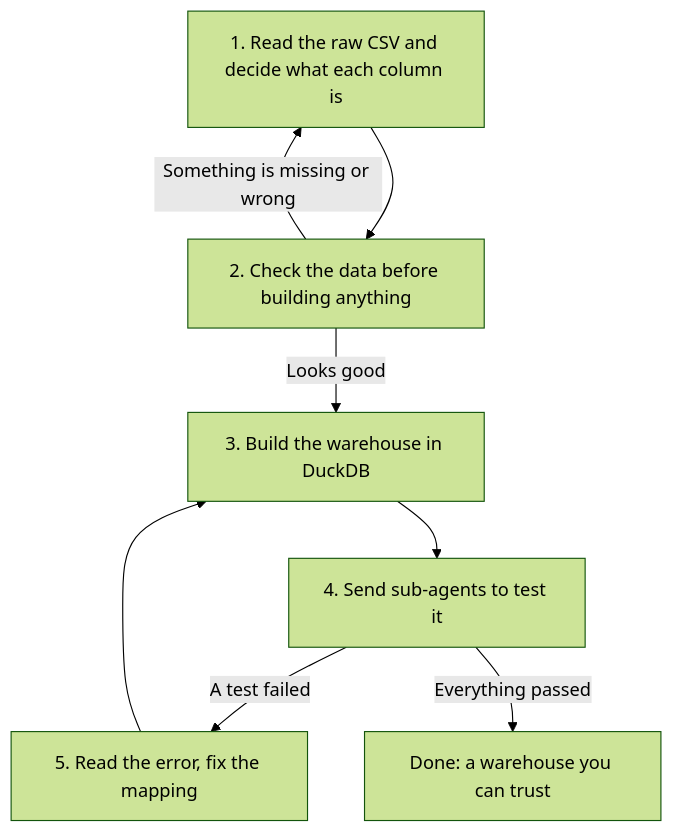
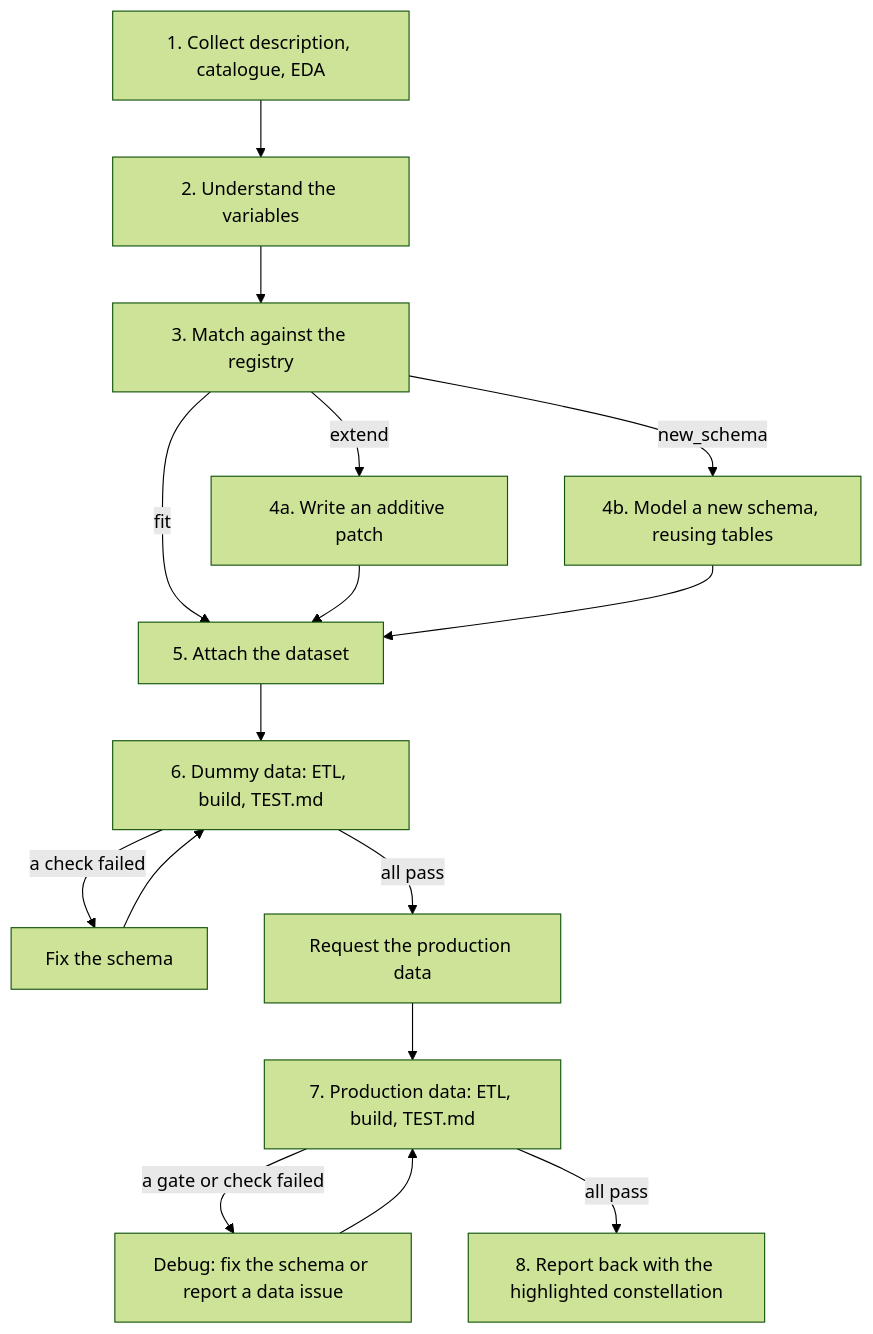
One commit to khalifan-kfan/olap_swifter changed the diagram in SKILL.md. Above: the diagram before and after it, drawn with Mermaid (forest theme). The commit also changed other lines of this file and 43 other files, not shown here.

Commit message:
feat: add schema management module and update dataset workflow documentation

````diff
--- a/SKILL.md
+++ b/SKILL.md
@@ -79,10 +146,16 @@
 ```mermaid
 graph TD
-    A[1. Read the raw CSV and decide what each column is] --> B[2. Check the data before building anything]
-    B -- Something is missing or wrong --> A
-    B -- Looks good --> C[3. Build the warehouse in DuckDB]
-    C --> D[4. Send sub-agents to test it]
-    D -- A test failed --> E[5. Read the error, fix the mapping]
-    E --> C
-    D -- Everything passed --> F[Done: a warehouse you can trust]
+    A[1. Collect description, catalogue, EDA] --> B[2. Understand the variables]
+    B --> C[3. Match against the registry]
+    C -- fit --> F[5. Attach the dataset]
+    C -- extend --> D[4a. Write an additive patch]
+    C -- new_schema --> E[4b. Model a new schema, reusing tables]
+    D --> F
+    E --> F
+    F --> G[6. Dummy data: ETL, build, TEST.md]
+    G -- a check failed --> H[Fix the schema] --> G
+    G -- all pass --> R[Request the production data]
+    R --> I[7. Production data: ETL, build, TEST.md]
+    I -- a gate or check failed --> J[Debug: fix the schema or report a data issue] --> I
+    I -- all pass --> K[8. Report back with the highlighted constellation]
 ```
````
